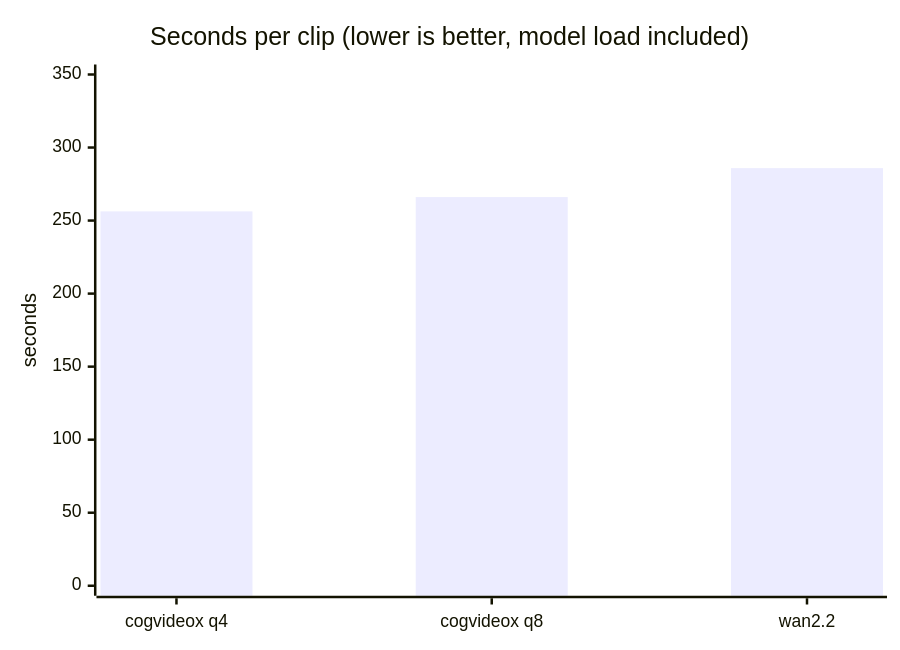
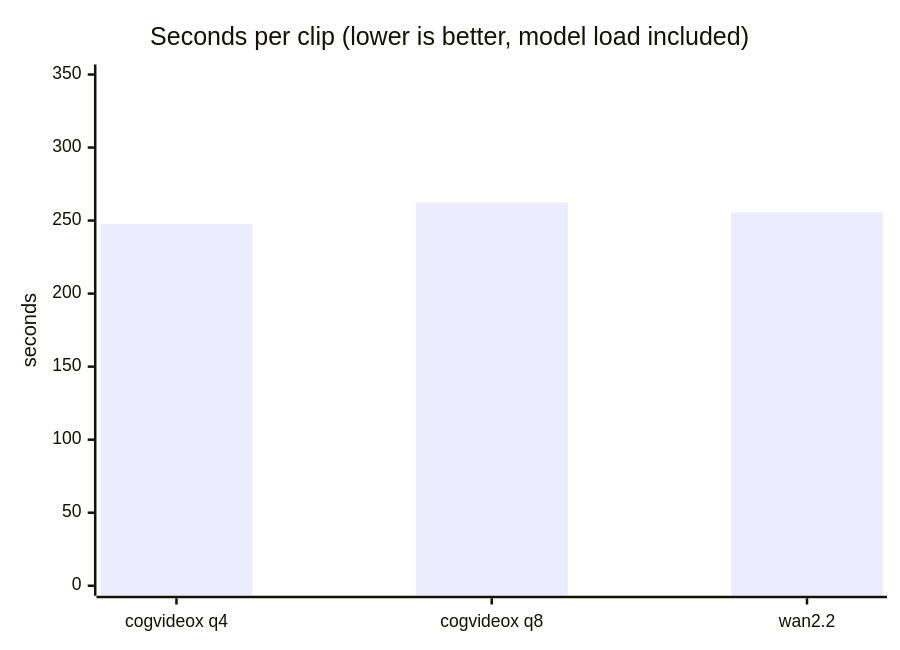
One commit to mahirfatih/local-generation-benchmark-m1-max changed the fourth of 4 diagrams in README.md. Above: the diagram before and after it, drawn with Mermaid. The commit also changed other lines of this file and 23 other files, not shown here.

````diff
--- a/README.md
+++ b/README.md
@@ -249,7 +249,7 @@
 ```mermaid
 xychart-beta
     title "Seconds per clip (lower is better, model load included)"
     x-axis ["cogvideox q4", "cogvideox q8", "wan2.2"]
     y-axis "seconds" 0 --> 350
-    bar [256.3, 266.1, 285.9]
+    bar [247.7, 262.1, 255.6]
 ```
````
